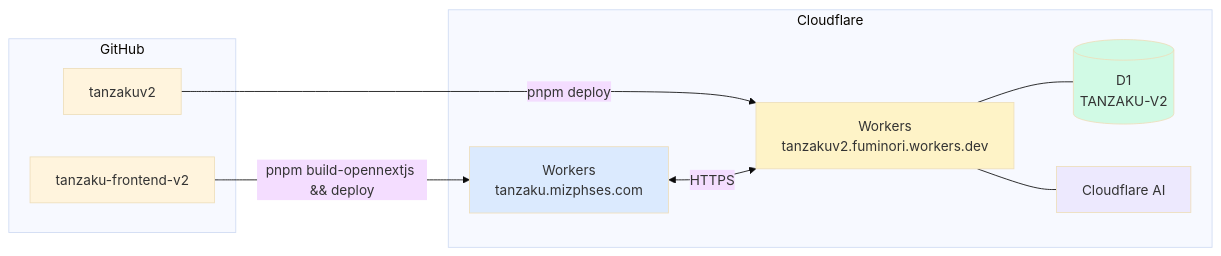
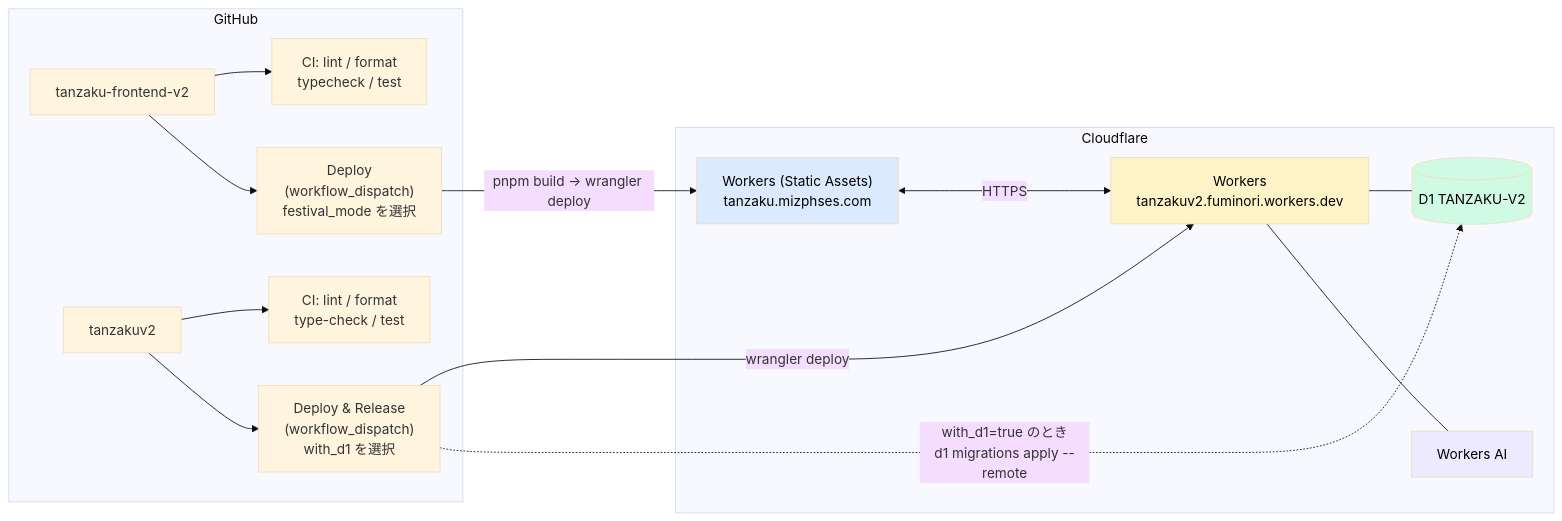
One commit to itl-marubu/tanzakuv2 changed the ninth of 9 diagrams in docs/system-overview.md. Above: the diagram before and after it, drawn with Mermaid (base theme). The commit also changed other lines of this file and 2 other files, not shown here.

````diff
--- a/docs/system-overview.md
+++ b/docs/system-overview.md
@@ -480,25 +530,32 @@
 ```mermaid
 graph LR
-    subgraph GitHub["GitHub"]
+    subgraph GH["GitHub"]
         FE_Repo["tanzaku-frontend-v2"]
         BE_Repo["tanzakuv2"]
+        CI_FE["CI: lint / format<br/>typecheck / test"]
+        CI_BE["CI: lint / format<br/>type-check / test"]
+        WF_FE["Deploy<br/>(workflow_dispatch)<br/>festival_mode を選択"]
+        WF_BE["Deploy & Release<br/>(workflow_dispatch)<br/>with_d1 を選択"]
     end
 
     subgraph CF["Cloudflare"]
-        CF_FE["Workers\ntanzaku.mizphses.com"]
-        CF_BE["Workers\ntanzakuv2.fuminori.workers.dev"]
-        D1[("D1\nTANZAKU-V2")]
-        CF_AI["Cloudflare AI"]
+        CF_FE["Workers (Static Assets)<br/>tanzaku.mizphses.com"]
+        CF_BE["Workers<br/>tanzakuv2.fuminori.workers.dev"]
+        D1[("D1 TANZAKU-V2")]
+        CF_AI["Workers AI"]
     end
 
-    FE_Repo -->|"pnpm build-opennextjs && deploy"| CF_FE
-    BE_Repo -->|"pnpm deploy"| CF_BE
+    FE_Repo --> CI_FE
+    BE_Repo --> CI_BE
+    FE_Repo --> WF_FE -->|"pnpm build → wrangler deploy"| CF_FE
+    BE_Repo --> WF_BE -->|"wrangler deploy"| CF_BE
+    WF_BE -.->|"with_d1=true のとき<br/>d1 migrations apply --remote"| D1
     CF_BE --- D1
     CF_BE --- CF_AI
     CF_FE <-->|"HTTPS"| CF_BE
 
-    style CF_FE fill:#dbeafe
-    style CF_BE fill:#fef3c7
-    style D1 fill:#d1fae5
-    style CF_AI fill:#ede9fe
+    style CF_FE fill:#dbeafe,color:#000
+    style CF_BE fill:#fef3c7,color:#000
+    style D1 fill:#d1fae5,color:#000
+    style CF_AI fill:#ede9fe,color:#000
 ```
````
